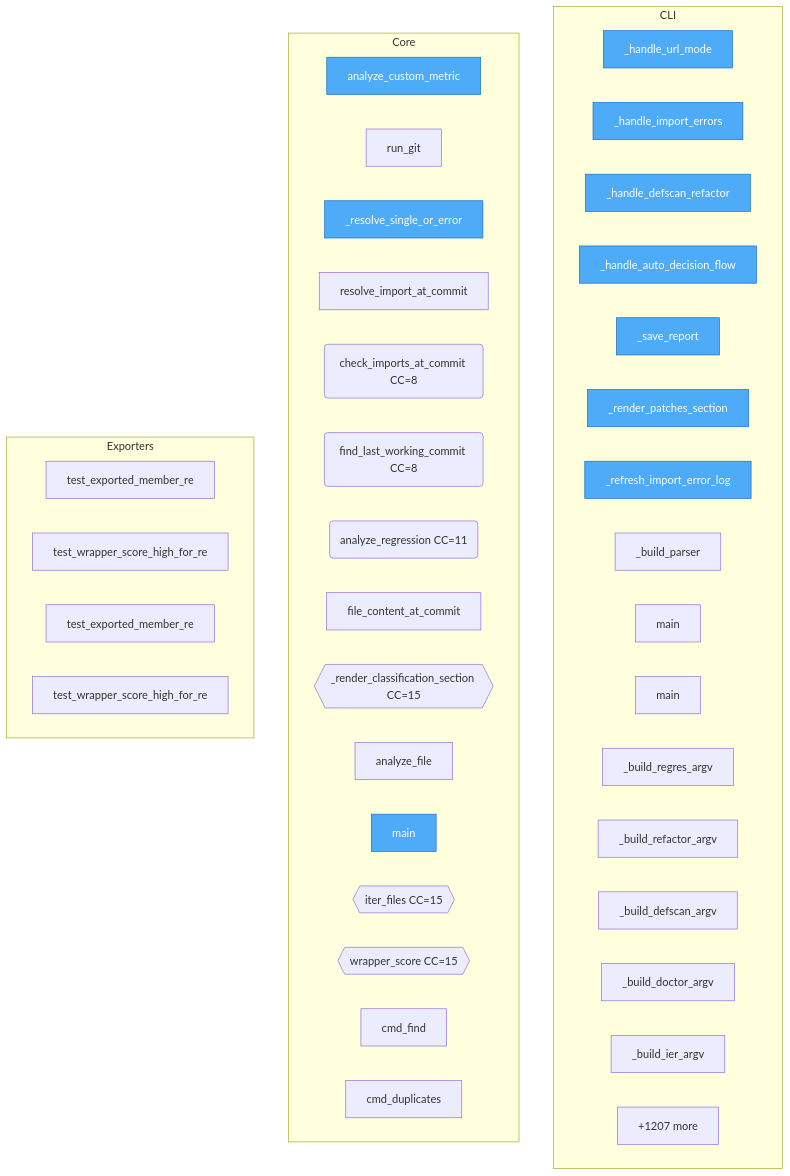
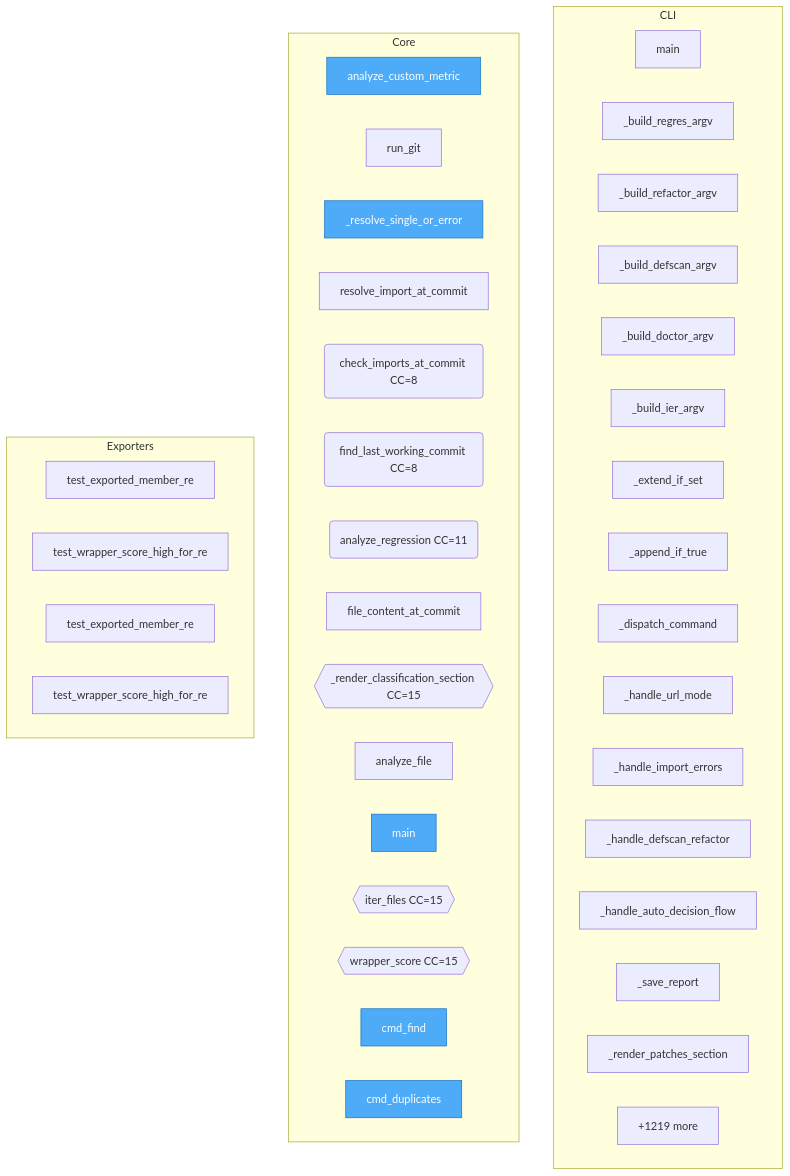
Before and after one commit to semcod/regres: the diagram in project/flow.mmd, drawn with Mermaid. The commit also changed 27 other files, not shown here.

```diff
--- a/project/flow.mmd
+++ b/project/flow.mmd
@@ -1,51 +1,51 @@
 flowchart TD
 
     %% Entry points (blue)
     classDef entry fill:#4dabf7,stroke:#1971c2,color:#fff
 
     subgraph CLI
+        regres__regres_cli__main["main"]
+        regres__regres_cli___build_regres_argv["_build_regres_argv"]
+        regres__regres_cli___build_refactor_argv["_build_refactor_argv"]
+        regres__regres_cli___build_defscan_argv["_build_defscan_argv"]
+        regres__regres_cli___build_doctor_argv["_build_doctor_argv"]
+        regres__regres_cli___build_ier_argv["_build_ier_argv"]
+        regres__regres_cli___extend_if_set["_extend_if_set"]
+        regres__regres_cli___append_if_true["_append_if_true"]
+        regres__regres_cli___dispatch_command["_dispatch_command"]
         regres__doctor_cli___handle_url_mode["_handle_url_mode"]
         regres__doctor_cli___handle_import_errors["_handle_import_errors"]
         regres__doctor_cli___handle_defscan_refactor["_handle_defscan_refactor"]
         regres__doctor_cli___handle_auto_decision_flow["_handle_auto_decision_flow"]
         regres__doctor_cli___save_report["_save_report"]
         regres__doctor_cli___render_patches_section["_render_patches_section"]
-        regres__doctor_cli___refresh_import_error_log["_refresh_import_error_log"]
-        regres__doctor_cli___build_parser["_build_parser"]
-        regres__doctor_cli__main["main"]
-        regres__regres_cli__main["main"]
-        regres__regres_cli___build_regres_argv["_build_regres_argv"]
-        regres__regres_cli___build_refactor_argv["_build_refactor_argv"]
-        regres__regres_cli___build_defscan_argv["_build_defscan_argv"]
-        regres__regres_cli___build_doctor_argv["_build_doctor_argv"]
-        regres__regres_cli___build_ier_argv["_build_ier_argv"]
         ...["+3 more"]
     end
 
     subgraph Core
         docs__DOCTOR__analyze_custom_metric["analyze_custom_metric"]
         regres__regres__run_git["run_git"]
         regres__regres___resolve_single_or_error["_resolve_single_or_error"]
         regres__regres__resolve_import_at_commit["resolve_import_at_commit"]
         regres__regres__check_imports_at_commit("check_imports_at_commit CC=8")
         regres__regres__find_last_working_commit("find_last_working_commit CC=8")
         regres__regres__analyze_regression("analyze_regression CC=11")
         regres__regres__file_content_at_commit["file_content_at_commit"]
         regres__regres___render_classification_section{{_render_classification_section CC=15}}
         regres__regres__analyze_file["analyze_file"]
         regres__regres__main["main"]
         regres__refactor__iter_files{{iter_files CC=15}}
         regres__refactor__wrapper_score{{wrapper_score CC=15}}
         regres__refactor__cmd_find["cmd_find"]
         regres__refactor__cmd_duplicates["cmd_duplicates"]
-        ...["+1207 more"]
+        ...["+1219 more"]
     end
 
     subgraph Exporters
+        SUMD__test_exported_member_re["test_exported_member_re"]
+        SUMD__test_wrapper_score_high_for_reexport["test_wrapper_score_high_for_re"]
         project__map__toon__test_exported_member_re["test_exported_member_re"]
         project__map__toon__test_wrapper_score_high_for_reexport["test_wrapper_score_high_for_re"]
-        SUMD__test_exported_member_re["test_exported_member_re"]
-        SUMD__test_wrapper_score_high_for_reexport["test_wrapper_score_high_for_re"]
     end
 
-    class docs__DOCTOR__analyze_custom_metric,regres__regres___resolve_single_or_error,regres__regres__main,regres__doctor_cli___handle_url_mode,regres__doctor_cli___handle_import_errors,regres__doctor_cli___handle_defscan_refactor,regres__doctor_cli___handle_auto_decision_flow,regres__doctor_cli___save_report,regres__doctor_cli___render_patches_section,regres__doctor_cli___refresh_import_error_log entry
+    class docs__DOCTOR__analyze_custom_metric,regres__regres___resolve_single_or_error,regres__regres__main,regres__refactor__cmd_find,regres__refactor__cmd_duplicates,regres__refactor__cmd_similar,regres__refactor__cmd_symbols,regres__refactor__cmd_wrappers,regres__refactor__cmd_dead,regres__refactor__cmd_diff entry
```
